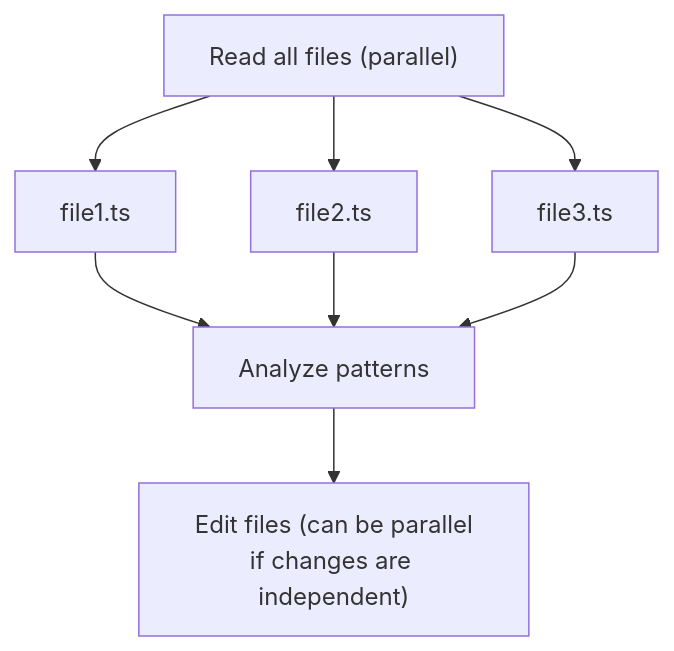
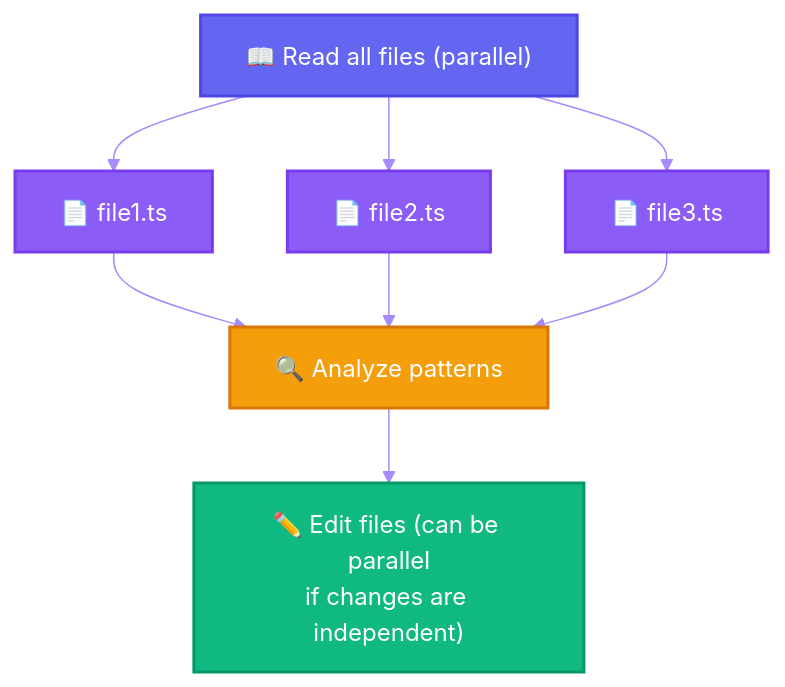
Before and after one commit to ThibautMelen/agentic-ai-systems: the fifth of 5 diagrams in patterns/03-parallel-tool-calling.md, drawn with Mermaid. The commit also changed other lines of this file and 7 other files, not shown here.

First line of the commit message:
style(diagrams): add vibrant colors to all Mermaid diagrams

````diff
--- a/patterns/03-parallel-tool-calling.md
+++ b/patterns/03-parallel-tool-calling.md
@@ -133,10 +151,16 @@
 ```mermaid
+%%{init: {'theme': 'base', 'themeVariables': { 'primaryColor': '#8b5cf6', 'primaryTextColor': '#ffffff', 'primaryBorderColor': '#7c3aed', 'lineColor': '#a78bfa'}}}%%
 flowchart TD
-    Read["Read all files (parallel)"]
-    Read --> R1[file1.ts]
-    Read --> R2[file2.ts]
-    Read --> R3[file3.ts]
+    Read["📖 Read all files (parallel)"]:::readNode
+    Read --> R1[📄 file1.ts]:::fileNode
+    Read --> R2[📄 file2.ts]:::fileNode
+    Read --> R3[📄 file3.ts]:::fileNode
 
-    R1 & R2 & R3 --> Analyze[Analyze patterns]
-    Analyze --> Edit["Edit files (can be parallel<br/>if changes are independent)"]
+    R1 & R2 & R3 --> Analyze[🔍 Analyze patterns]:::analyzeNode
+    Analyze --> Edit["✏️ Edit files (can be parallel<br/>if changes are independent)"]:::editNode
+
+    classDef readNode fill:#6366f1,stroke:#4f46e5,stroke-width:2px,color:#ffffff
+    classDef fileNode fill:#8b5cf6,stroke:#7c3aed,stroke-width:2px,color:#ffffff
+    classDef analyzeNode fill:#f59e0b,stroke:#d97706,stroke-width:2px,color:#ffffff
+    classDef editNode fill:#10b981,stroke:#059669,stroke-width:2px,color:#ffffff
 ```
````
